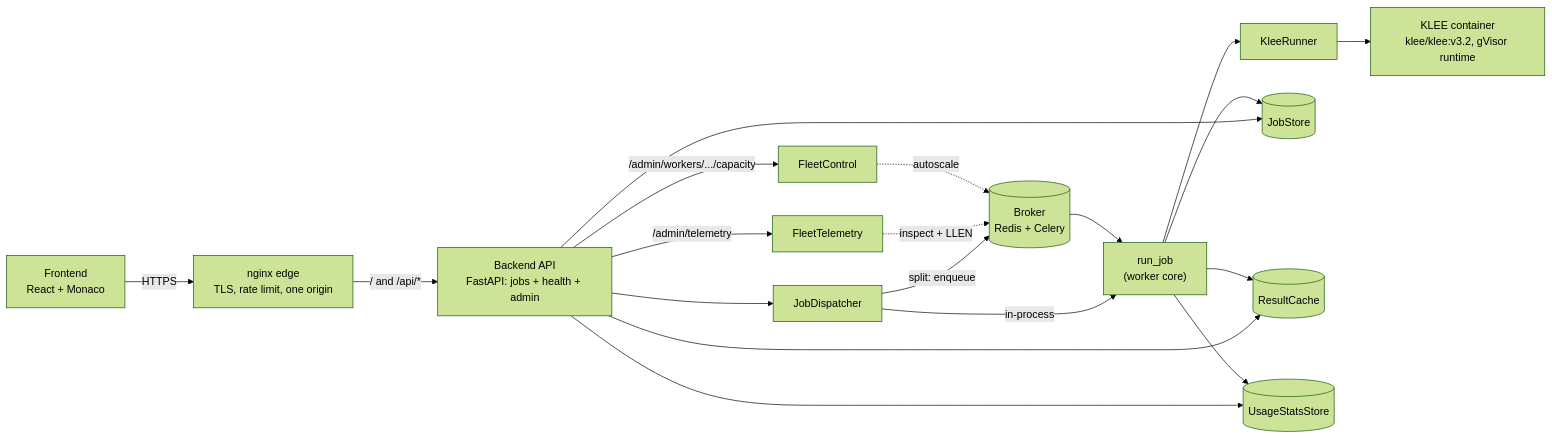
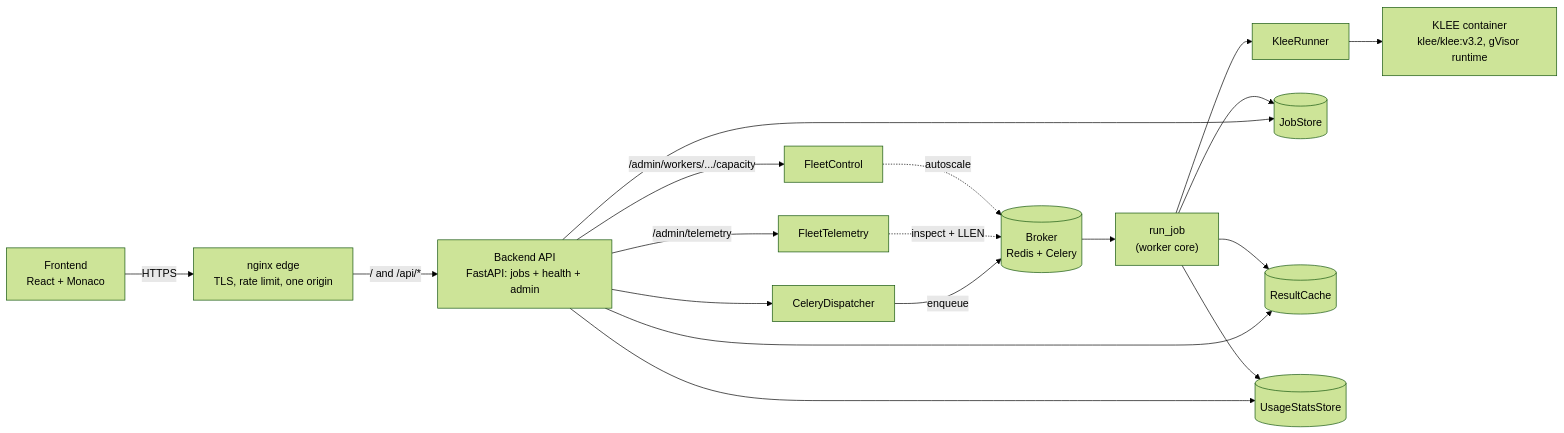
One commit to FinnLeh/klee-web changed the first of 2 diagrams in docs/architecture.md. Above: the diagram before and after it, drawn with Mermaid (forest theme). The commit also changed other lines of this file and 14 other files, not shown here.

````diff
--- a/docs/architecture.md
+++ b/docs/architecture.md
@@ -9,35 +9,34 @@
 ```mermaid
 flowchart LR
     FE["Frontend<br/>React + Monaco"]
     EDGE["nginx edge<br/>TLS, rate limit, one origin"]
     API["Backend API<br/>FastAPI: jobs + health + admin"]
-    DISP["JobDispatcher"]
+    DISP["CeleryDispatcher"]
     W["run_job<br/>(worker core)"]
     RUN["KleeRunner"]
     C["KLEE container<br/>klee/klee:v3.2, gVisor runtime"]
     STORE[("JobStore")]
     CACHE[("ResultCache")]
     USAGE[("UsageStatsStore")]
     TEL["FleetTelemetry"]
     CTRL["FleetControl"]
     BROKER[("Broker<br/>Redis + Celery")]
 
     FE -->|"HTTPS"| EDGE
     EDGE -->|"/ and /api/*"| API
     API --> CACHE
     API --> STORE
     API --> USAGE
     API --> DISP
     API -->|"/admin/telemetry"| TEL
     API -->|"/admin/workers/.../capacity"| CTRL
-    DISP -->|"in-process"| W
-    DISP -->|"split: enqueue"| BROKER
+    DISP -->|"enqueue"| BROKER
     BROKER --> W
     TEL -.->|"inspect + LLEN"| BROKER
     CTRL -.->|"autoscale"| BROKER
     W --> RUN
     RUN --> C
     W --> STORE
     W --> CACHE
     W --> USAGE
 ```
````
